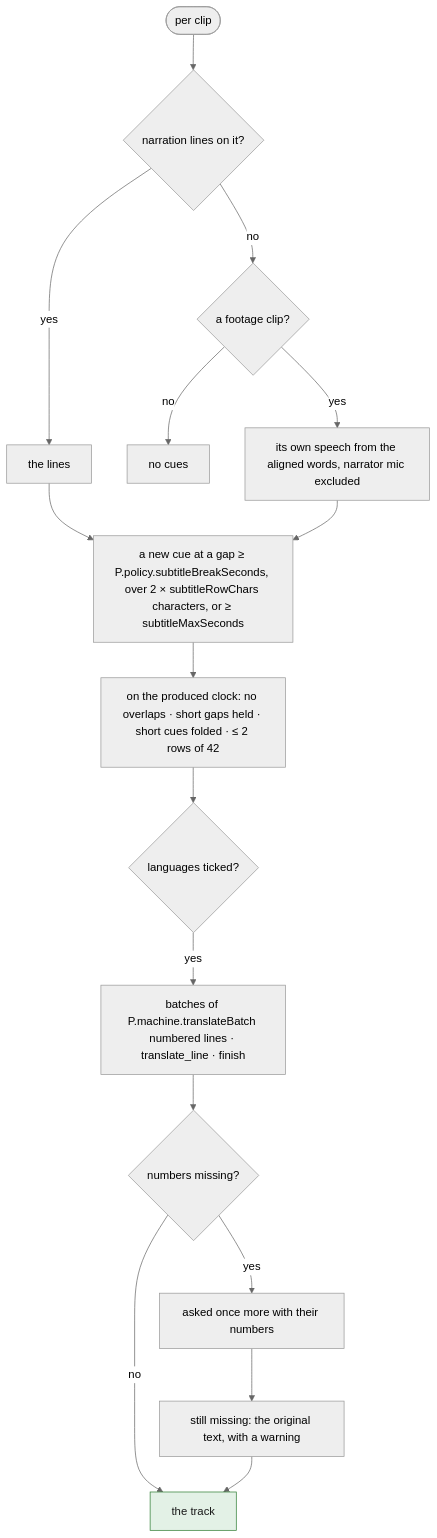
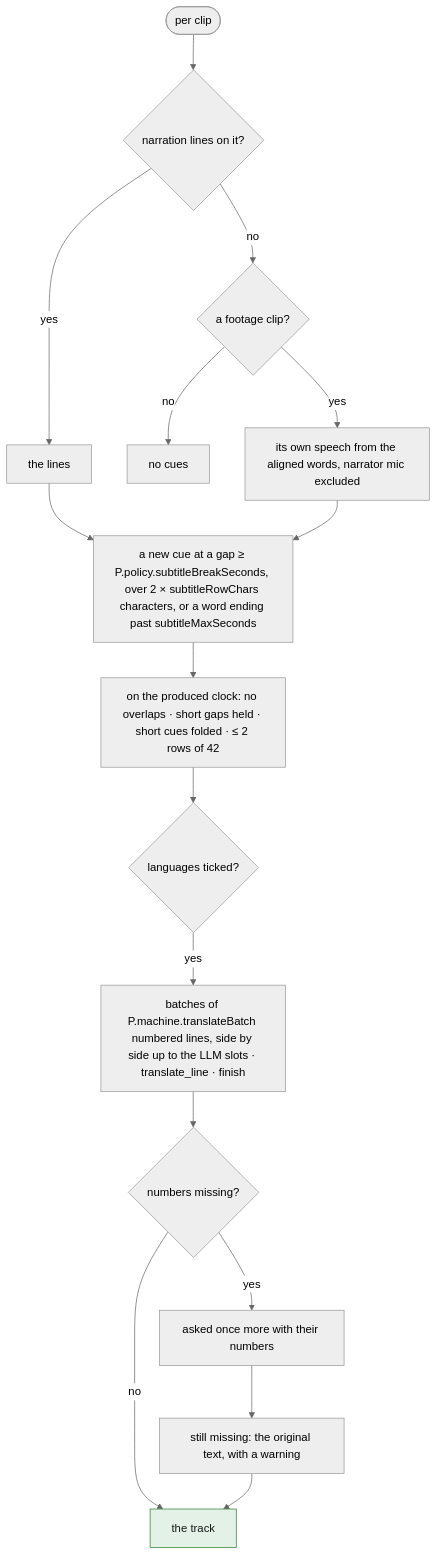
One commit to tbocek/naivepost changed the fourth of 6 diagrams in spec/08-produce.md. Above: the diagram before and after it, drawn with Mermaid (neutral theme). The commit also changed other lines of this file and 21 other files, not shown here.

````diff
--- a/spec/08-produce.md
+++ b/spec/08-produce.md
@@ -103,21 +103,21 @@
 ```mermaid
 flowchart TD
   A(["per clip"]) --> N{"narration lines on it?"}
   N -- yes --> NL["the lines"]
   N -- no --> F{"a footage clip?"}
   F -- no --> NONE["no cues"]
   F -- yes --> SW["its own speech from the aligned words, narrator mic excluded"]
   NL --> CUE
-  SW --> CUE["a new cue at a gap ≥ P.policy.subtitleBreakSeconds, over 2 × subtitleRowChars characters, or ≥ subtitleMaxSeconds"]
+  SW --> CUE["a new cue at a gap ≥ P.policy.subtitleBreakSeconds, over 2 × subtitleRowChars characters, or a word ending past subtitleMaxSeconds"]
   CUE --> CLK["on the produced clock: no overlaps · short gaps held · short cues folded · ≤ 2 rows of 42"]
   CLK --> TR{"languages ticked?"}
-  TR -- yes --> T["batches of P.machine.translateBatch numbered lines · translate_line · finish"]
+  TR -- yes --> T["batches of P.machine.translateBatch numbered lines, side by side up to the LLM slots · translate_line · finish"]
   T --> MISS{"numbers missing?"}
   MISS -- yes --> AGAIN["asked once more with their numbers"]
   AGAIN --> LEFT["still missing: the original text, with a warning"]
   MISS -- no --> DONE["the track"]:::done
   LEFT --> DONE
   classDef refuse fill:#fde2e1,stroke:#c01c28,color:#1a1a1a
   classDef done fill:#e3f1e6,stroke:#2e7d32,color:#1a1a1a
   classDef ask fill:#e8eefc,stroke:#3a63c8,color:#1a1a1a
 ```
````
